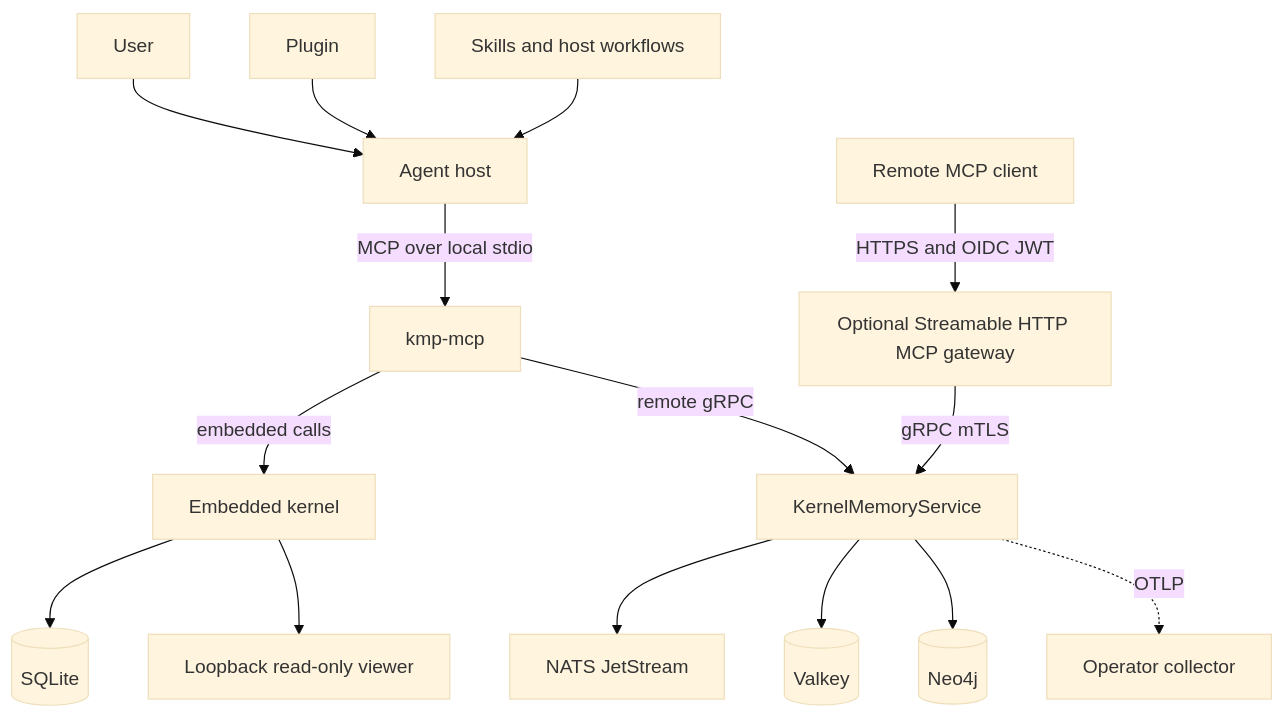
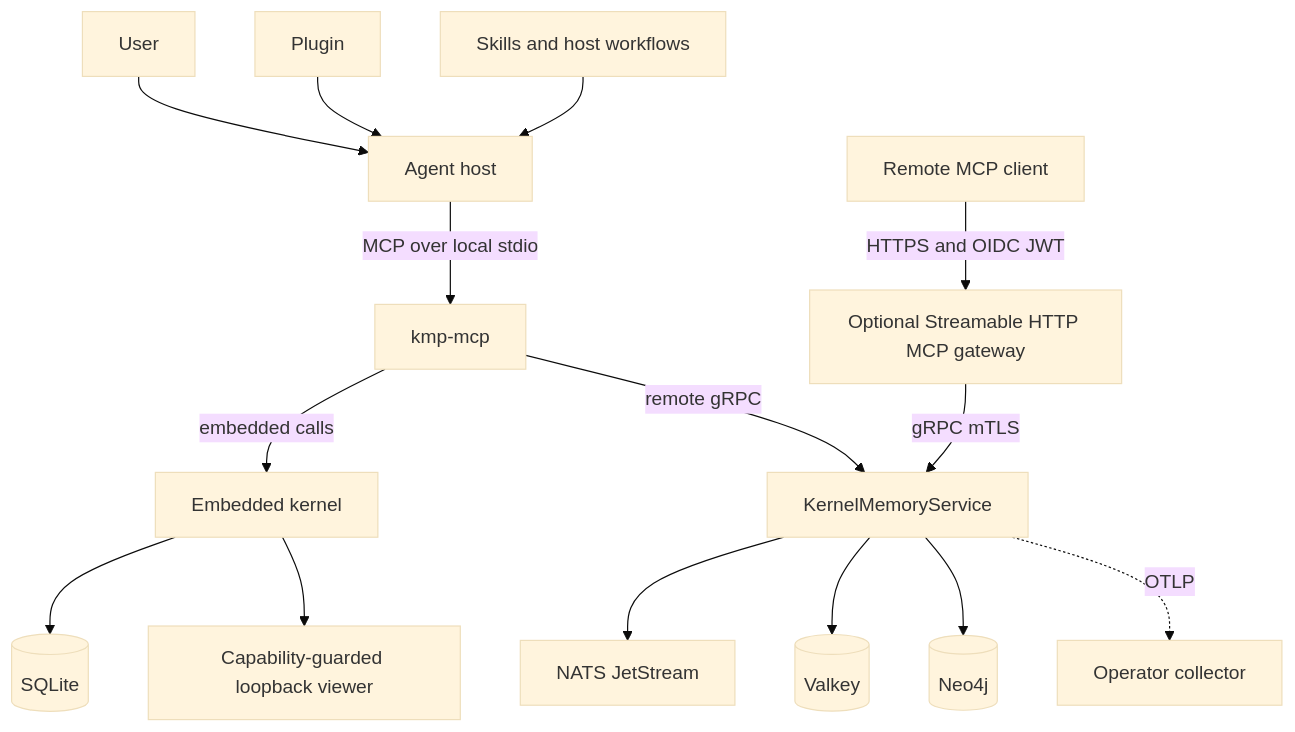
The first of 4 diagrams in docs/architecture/README.md (underpass-ai/kmp), drawn with Mermaid (base theme) before and after one commit. The commit also changed other lines of this file and 24 other files, not shown here.

````diff
--- a/docs/architecture/README.md
+++ b/docs/architecture/README.md
@@ -9,19 +9,19 @@
 ```mermaid
 flowchart TB
     U[User] --> H[Agent host]
     P[Plugin] --> H
     S[Skills and host workflows] --> H
     H -->|MCP over local stdio| M[kmp-mcp]
 
     M -->|embedded calls| EK[Embedded kernel]
     EK --> ES[(SQLite)]
-    EK --> V[Loopback read-only viewer]
+    EK --> V[Capability-guarded loopback viewer]
 
     M -->|remote gRPC| KS[KernelMemoryService]
     GW[Optional Streamable HTTP MCP gateway] -->|gRPC mTLS| KS
     C[Remote MCP client] -->|HTTPS and OIDC JWT| GW
     KS --> N[NATS JetStream]
     KS --> VK[(Valkey)]
     KS --> N4[(Neo4j)]
     KS -. OTLP .-> O[Operator collector]
 ```
````
